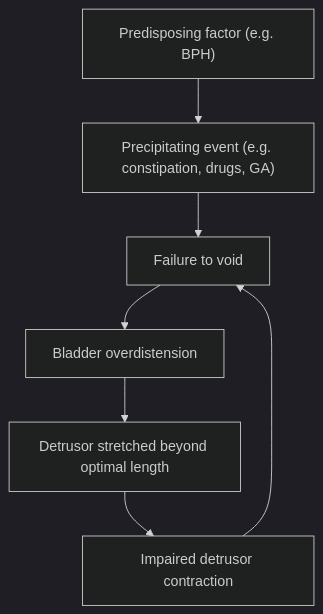
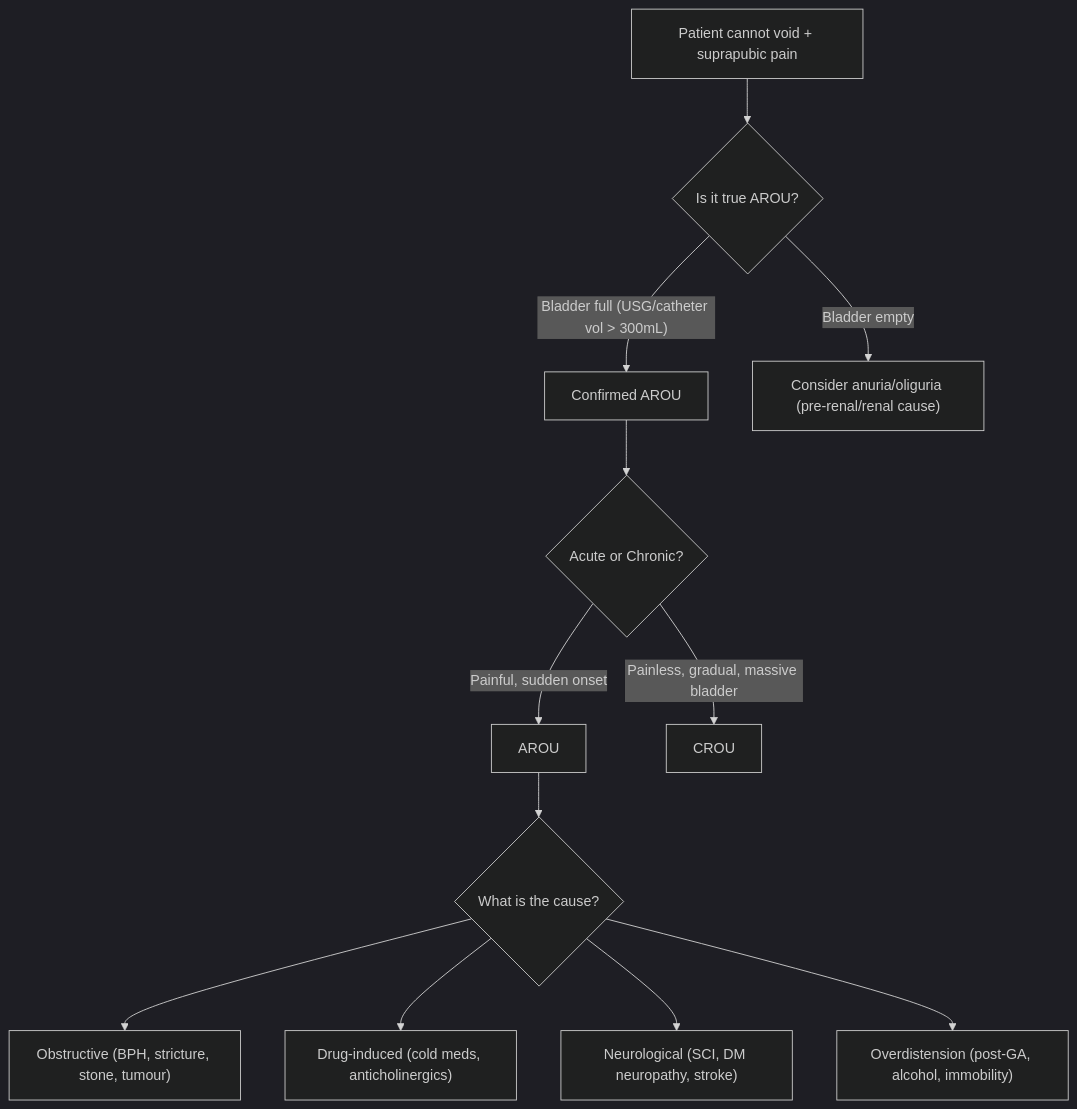
The diagram in content/fragments/general-surgery/acute-retention-of-urine/etiology.mdx (techjason/mbbspedia), drawn with Mermaid (dark theme) before and after one commit. The commit also changed other lines of this file and 61 other files, not shown here.

````diff
--- a/content/fragments/general-surgery/acute-retention-of-urine/etiology.mdx
+++ b/content/fragments/general-surgery/acute-retention-of-urine/etiology.mdx
@@ -352,9 +522,14 @@
 ```mermaid
 graph TD
-    A["Predisposing factor (e.g. BPH)"] --> B["Precipitating event (e.g. constipation, drugs, GA)"]
-    B --> C["Failure to void"]
-    C --> D["Bladder overdistension"]
-    D --> E["Detrusor stretched beyond optimal length"]
-    E --> F["Impaired detrusor contraction"]
-    F --> C
+    A["Patient cannot void + suprapubic pain"] --> B{"Is it true AROU?"}
+    B -->|"Bladder full (USG/catheter vol > 300mL)"| C["Confirmed AROU"]
+    B -->|"Bladder empty"| D["Consider anuria/oliguria (pre-renal/renal cause)"]
+    C --> E{"Acute or Chronic?"}
+    E -->|"Painful, sudden onset"| F["AROU"]
+    E -->|"Painless, gradual, massive bladder"| G["CROU"]
+    F --> H{"What is the cause?"}
+    H --> I["Obstructive (BPH, stricture, stone, tumour)"]
+    H --> J["Drug-induced (cold meds, anticholinergics)"]
+    H --> K["Neurological (SCI, DM neuropathy, stroke)"]
+    H --> L["Overdistension (post-GA, alcohol, immobility)"]
 ```
````
